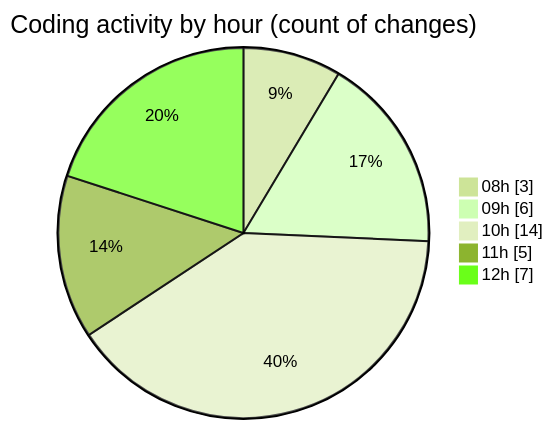
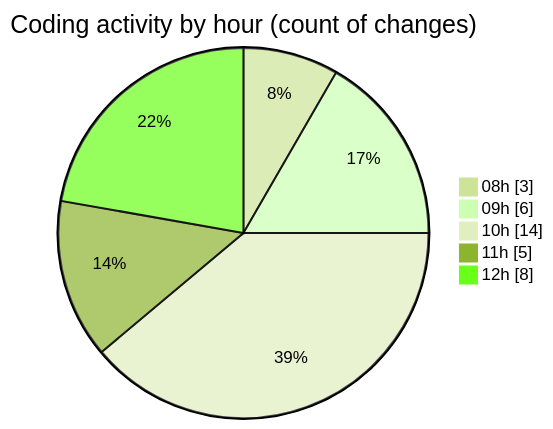
One commit to BS-eng2023/code-tracking changed the second of 2 diagrams in 2025-04-01/jsvms/README.md. Above: the diagram before and after it, drawn with Mermaid (forest theme). The commit also changed other lines of this file and 1 other file, not shown here.

````diff
--- a/2025-04-01/jsvms/README.md
+++ b/2025-04-01/jsvms/README.md
@@ -44,9 +45,9 @@
 ```mermaid
 pie showData
 title Coding activity by hour (count of changes)
 "08h" : 3
 "09h" : 6
 "10h" : 14
 "11h" : 5
-"12h" : 7
+"12h" : 8
 ```
````
